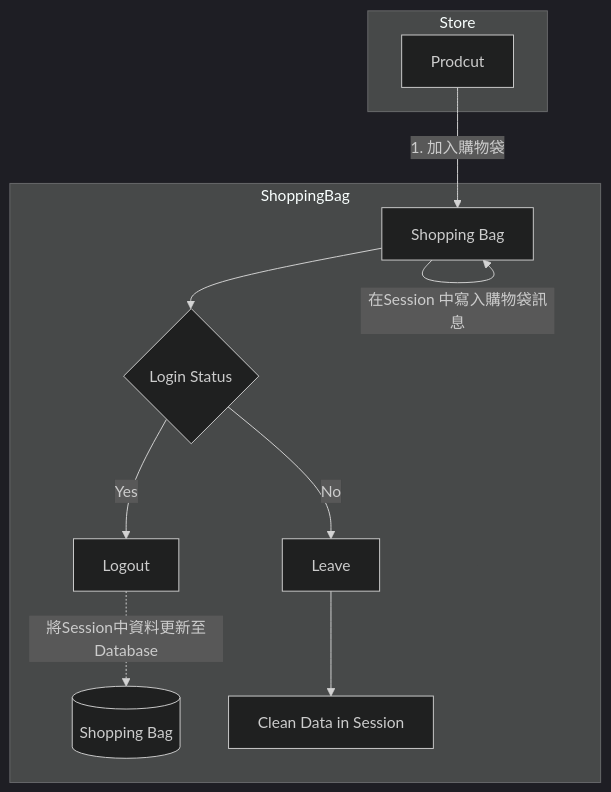
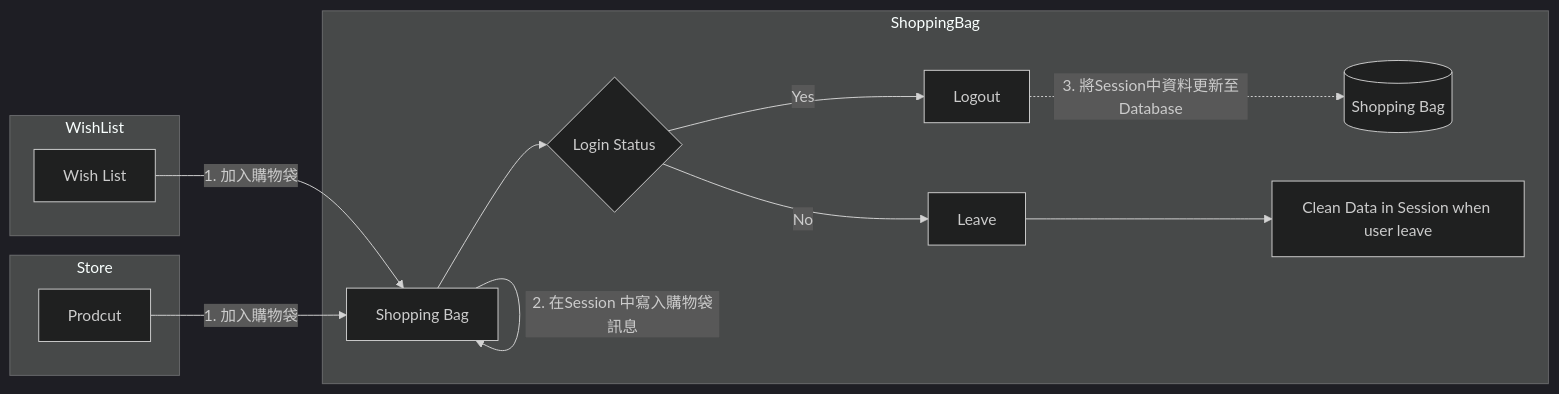
The fourth of 4 diagrams in README.md (stevetsaoch/Ecommerce), drawn with Mermaid (dark theme) before and after one commit. The commit also changed other lines of this file, not shown here.

````diff
--- a/README.md
+++ b/README.md
@@ -151,14 +151,18 @@
 ```mermaid
-    flowchart
+flowchart LR
     subgraph Store
         P[Prodcut] 
     end
+    subgraph WishList
+        W[Wish List]
+    end
     subgraph ShoppingBag
-        B[Shopping Bag] --"在Session 中寫入購物袋訊息"--> B
+        B[Shopping Bag] --"2. 在Session 中寫入購物袋訊息"--> B
+        W --"1. 加入購物袋"--> B
         P --"1. 加入購物袋" --> B --> LS{Login Status}
-        LS --"Yes"--> LO[Logout] -."將Session中資料更新至Database".-> BD[(Shopping Bag)]
-        LS --"No"--> LE[Leave] --> R[Clean Data in Session]
+        LS --"Yes"--> LO[Logout] -."3. 將Session中資料更新至Database".-> BD[(Shopping Bag)]
+        LS --"No"--> LE[Leave] --> R[Clean Data in Session when user leave]
     end
 
 
 ```
````
